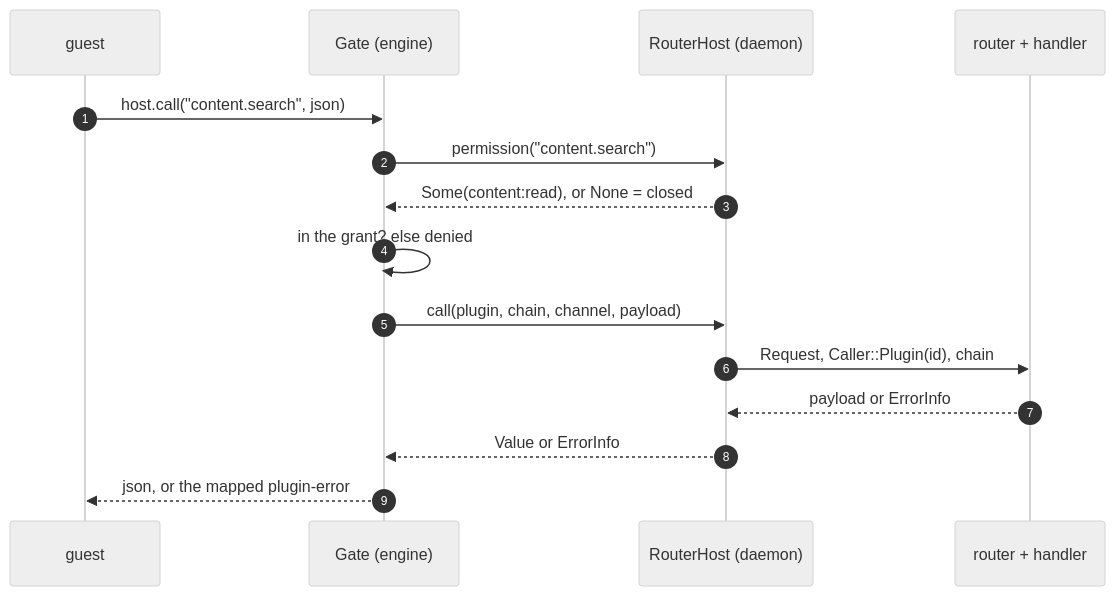
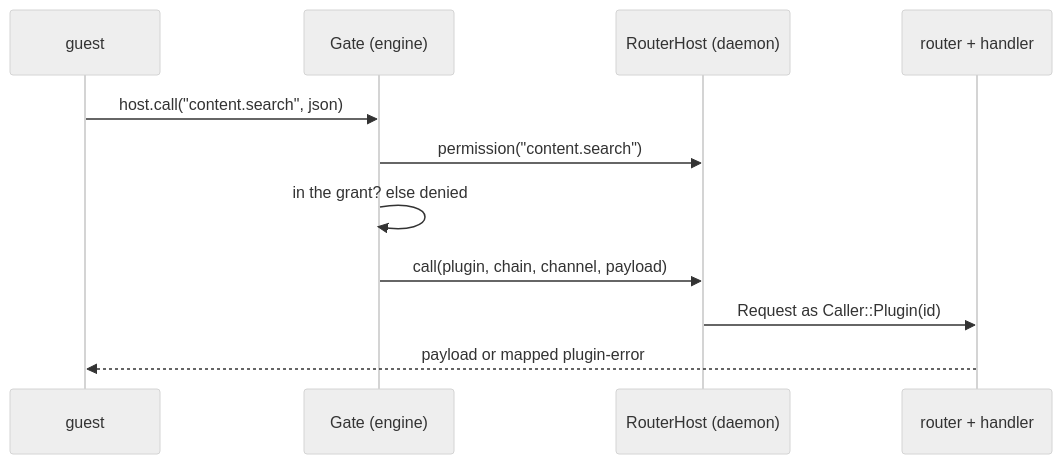
Before and after one commit to prytaneum/hestia: the second of 3 diagrams in docs/architecture/plugins.md, drawn with Mermaid (neutral theme). The commit also changed other lines of this file and 11 other files, not shown here.

Commit message:
docs(architecture): describe the current system only

````diff
--- a/docs/architecture/plugins.md
+++ b/docs/architecture/plugins.md
@@ -181,18 +113,13 @@
 ```mermaid
 sequenceDiagram
-    autonumber
     participant G as guest
     participant Gate as Gate (engine)
     participant H as RouterHost (daemon)
     participant R as router + handler
-
     G->>Gate: host.call("content.search", json)
     Gate->>H: permission("content.search")
-    H-->>Gate: Some(content:read), or None = closed
     Gate->>Gate: in the grant? else denied
     Gate->>H: call(plugin, chain, channel, payload)
-    H->>R: Request, Caller::Plugin(id), chain
-    R-->>H: payload or ErrorInfo
-    H-->>Gate: Value or ErrorInfo
-    Gate-->>G: json, or the mapped plugin-error
+    H->>R: Request as Caller::Plugin(id)
+    R-->>G: payload or mapped plugin-error
 ```
````
